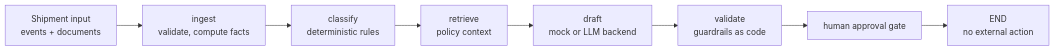
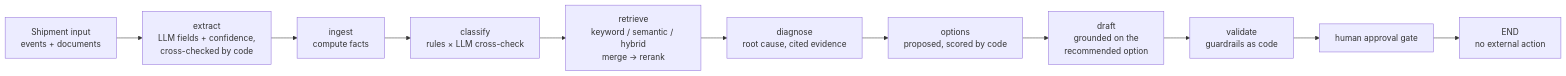
One commit to tridaai/blueprint-logistics-shipment-exception changed the diagram in README.md. Above: the diagram before and after it, drawn with Mermaid. The commit also changed other lines of this file and 3 other files, not shown here.

First line of the commit message:
Rewrite the README and architecture doc for v2, drop a stray artifact

````diff
--- a/README.md
+++ b/README.md
@@ -277,10 +344,13 @@
 ```mermaid
 flowchart LR
-    A[Shipment input<br/>events + documents] --> B[ingest<br/>validate, compute facts]
-    B --> C[classify<br/>deterministic rules]
-    C --> D[retrieve<br/>policy context]
-    D --> E[draft<br/>mock or LLM backend]
+    A[Shipment input<br/>events + documents] --> X[extract<br/>LLM fields + confidence,<br/>cross-checked by code]
+    X --> B[ingest<br/>compute facts]
+    B --> C[classify<br/>rules × LLM cross-check]
+    C --> D[retrieve<br/>keyword / semantic / hybrid<br/>merge → rerank]
+    D --> DG[diagnose<br/>root cause, cited evidence]
+    DG --> O[options<br/>proposed, scored by code]
+    O --> E[draft<br/>grounded on the<br/>recommended option]
     E --> F[validate<br/>guardrails as code]
     F --> G[human approval gate]
     G --> H[END<br/>no external action]
 ```
````
